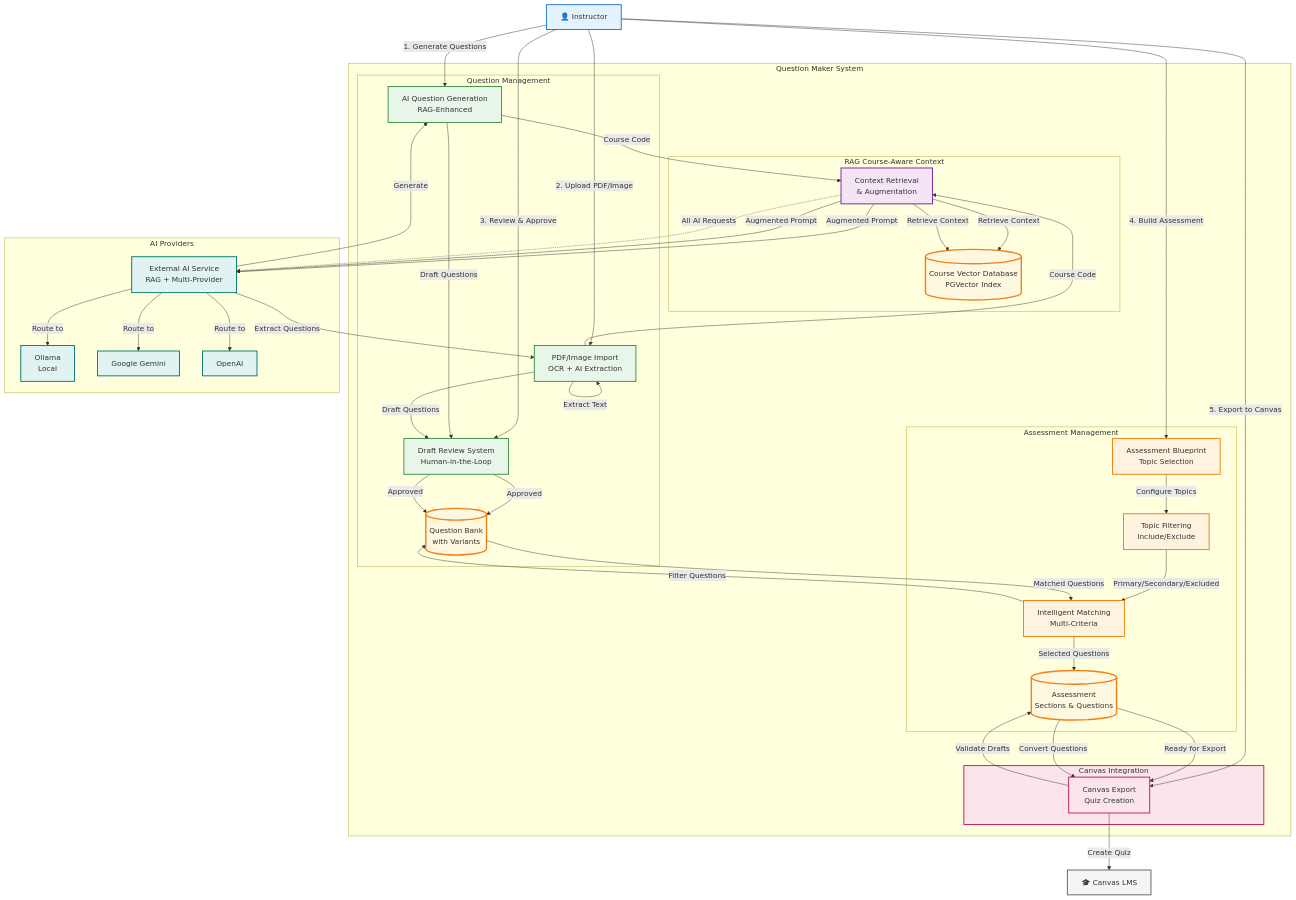
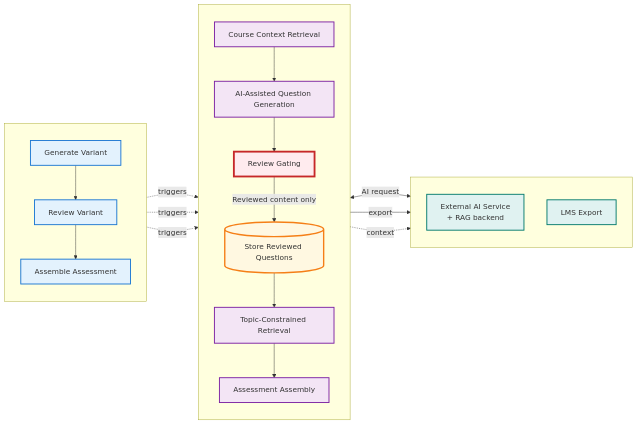
One commit to EduAI-Lab/Question-Maker changed the diagram in docs/diagrams/paper architecture/system-overview.md. Above: the diagram before and after it, drawn with Mermaid. The commit also changed other lines of this file and 2 other files, not shown here.

Commit message:
revised titles

````diff
--- a/docs/diagrams/paper architecture/system-overview.md
+++ b/docs/diagrams/paper architecture/system-overview.md
@@ -1,105 +1,62 @@
 ```mermaid
-graph TB
-    %% User Layer
-    Instructor[👤 Instructor]
-    
-    %% Core System Components
-    subgraph QM["Question Maker System"]
-        subgraph RAG["RAG Course-Aware Context"]
-            VectorDB[(Course Vector Database<br/>PGVector Index)]
-            ContextRetrieval[Context Retrieval<br/>& Augmentation]
-        end
+graph LR
+    %% Column 1: Instructor Actions (Left, Thin)
+    subgraph Col1[" "]
+        direction TB
+        Request[Generate Variant]
+        ReviewAction[Review Variant]
+        Assemble[Assemble Assessment]
         
-        subgraph QMgt["Question Management"]
-            AIGen[AI Question Generation<br/>RAG-Enhanced]
-            PDFImport[PDF/Image Import<br/>OCR + AI Extraction]
-            Review[Draft Review System<br/>Human-in-the-Loop]
-            QuestionBank[(Question Bank<br/>with Variants)]
-        end
-        
-        subgraph AMgt["Assessment Management"]
-            Blueprint[Assessment Blueprint<br/>Topic Selection]
-            TopicFilter[Topic Filtering<br/>Include/Exclude]
-            Matching[Intelligent Matching<br/>Multi-Criteria]
-            Assessment[(Assessment<br/>Sections & Questions)]
-        end
-        
-        subgraph CanvasInt["Canvas Integration"]
-            Export[Canvas Export<br/>Quiz Creation]
-        end
+        Request --> ReviewAction
+        ReviewAction --> Assemble
     end
     
-    %% External Services
-    subgraph AI["AI Providers"]
-        EduAI[External AI Service<br/>RAG + Multi-Provider]
-        Ollama[Ollama<br/>Local]
-        Gemini[Google Gemini]
-        OpenAI[OpenAI]
+    %% Column 2: Core Question Maker Workflow (Center, Main - 60-70%)
+    subgraph Col2[" "]
+        direction TB
+        RAG[Course Context Retrieval]
+        Generation[AI-Assisted Question Generation]
+        ReviewGate[Review Gating]
+        QuestionStore[( Store Reviewed Questions)]
+        TopicRetrieval[Topic-Constrained Retrieval]
+        AssessmentAssembly[Assessment Assembly]
+        
+        RAG --> Generation
+        Generation --> ReviewGate
+        ReviewGate -->|Reviewed content only| QuestionStore
+        QuestionStore --> TopicRetrieval
+        TopicRetrieval --> AssessmentAssembly
     end
     
-    Canvas[🎓 Canvas LMS]
+    %% Column 3: External Interfaces (Right, Thin)
+    subgraph Col3[" "]
+        direction TB
+        AIService[External AI Service <br/> + RAG backend]
+        LMSExport[LMS Export]
+    end
     
-    %% User Interactions
-    Instructor -->|1. Generate Questions| AIGen
-    Instructor -->|2. Upload PDF/Image| PDFImport
-    Instructor -->|3. Review & Approve| Review
-    Instructor -->|4. Build Assessment| Blueprint
-    Instructor -->|5. Export to Canvas| Export
+    %% Connections from Column 1 to Column 2
+    Request -.->|triggers| RAG
+    ReviewAction -.->|triggers| ReviewGate
+    Assemble -.->|triggers| TopicRetrieval
     
-    %% Question Generation Flow
-    AIGen -->|Course Code| ContextRetrieval
-    ContextRetrieval -->|Retrieve Context| VectorDB
-    ContextRetrieval -->|Augmented Prompt| EduAI
-    EduAI -->|Generate| AIGen
-    AIGen -->|Draft Questions| Review
-    Review -->|Approved| QuestionBank
+    %% Connections from Column 2 to Column 3
+    Generation <-->|AI request| AIService
+    AssessmentAssembly -->|export| LMSExport
     
-    %% PDF Import Flow
-    PDFImport -->|Extract Text| PDFImport
-    PDFImport -->|Course Code| ContextRetrieval
-    ContextRetrieval -->|Retrieve Context| VectorDB
-    ContextRetrieval -->|Augmented Prompt| EduAI
-    EduAI -->|Extract Questions| PDFImport
-    PDFImport -->|Draft Questions| Review
-    Review -->|Approved| QuestionBank
-    
-    %% Assessment Building Flow
-    Blueprint -->|Configure Topics| TopicFilter
-    TopicFilter -->|Primary/Secondary/Excluded| Matching
-    Matching -->|Filter Questions| QuestionBank
-    QuestionBank -->|Matched Questions| Matching
-    Matching -->|Selected Questions| Assessment
-    Assessment -->|Ready for Export| Export
-    
-    %% Canvas Export Flow
-    Export -->|Validate Drafts| Assessment
-    Assessment -->|Convert Questions| Export
-    Export -->|Create Quiz| Canvas
-    
-    %% AI Provider Selection
-    EduAI -->|Route to| Ollama
-    EduAI -->|Route to| Gemini
-    EduAI -->|Route to| OpenAI
-    
-    %% RAG Integration (shown as background process)
-    ContextRetrieval -.->|All AI Requests| EduAI
+    %% RAG connection to AI Service
+    RAG -.->|context| AIService
     
     %% Styling
-    classDef user fill:#e3f2fd,stroke:#1976d2,stroke-width:2px
-    classDef rag fill:#f3e5f5,stroke:#7b1fa2,stroke-width:2px
-    classDef question fill:#e8f5e9,stroke:#388e3c,stroke-width:2px
-    classDef assessment fill:#fff3e0,stroke:#f57c00,stroke-width:2px
-    classDef canvas fill:#fce4ec,stroke:#c2185b,stroke-width:2px
-    classDef ai fill:#e0f2f1,stroke:#00796b,stroke-width:2px
-    classDef external fill:#f5f5f5,stroke:#616161,stroke-width:2px
+    classDef instructor fill:#e3f2fd,stroke:#1976d2,stroke-width:2px
+    classDef core fill:#f3e5f5,stroke:#7b1fa2,stroke-width:2px
+    classDef reviewGate fill:#ffebee,stroke:#c62828,stroke-width:4px
     classDef database fill:#fff8e1,stroke:#f57f17,stroke-width:3px
+    classDef external fill:#e0f2f1,stroke:#00796b,stroke-width:2px
     
-    class Instructor user
-    class VectorDB,ContextRetrieval rag
-    class AIGen,PDFImport,Review,QuestionBank question
-    class Blueprint,TopicFilter,Matching,Assessment assessment
-    class Export,CanvasInt canvas
-    class EduAI,Ollama,Gemini,OpenAI ai
-    class Canvas external
-    class QuestionBank,Assessment,VectorDB database
+    class Request,ReviewAction,Assemble instructor
+    class RAG,Generation,TopicRetrieval,AssessmentAssembly core
+    class ReviewGate reviewGate
+    class QuestionStore database
+    class AIService,LMSExport external
 ```
````
